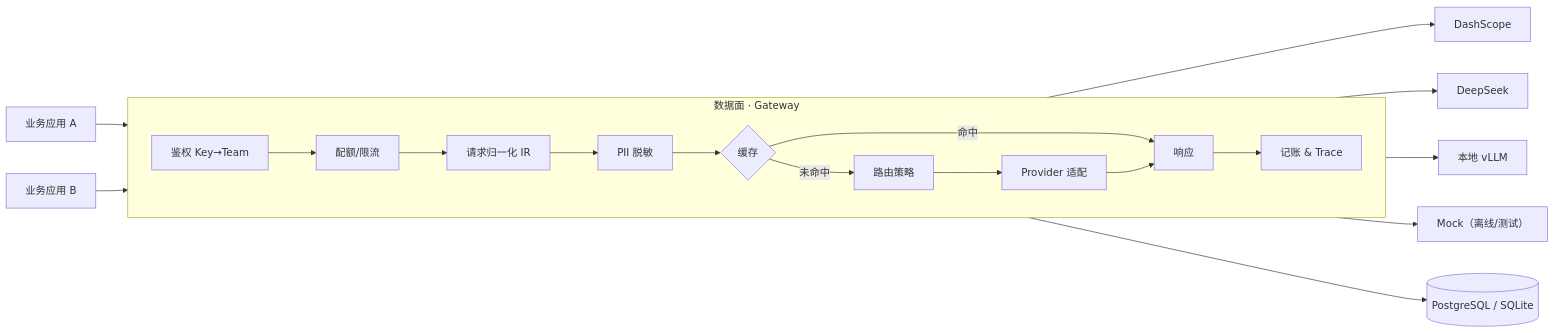
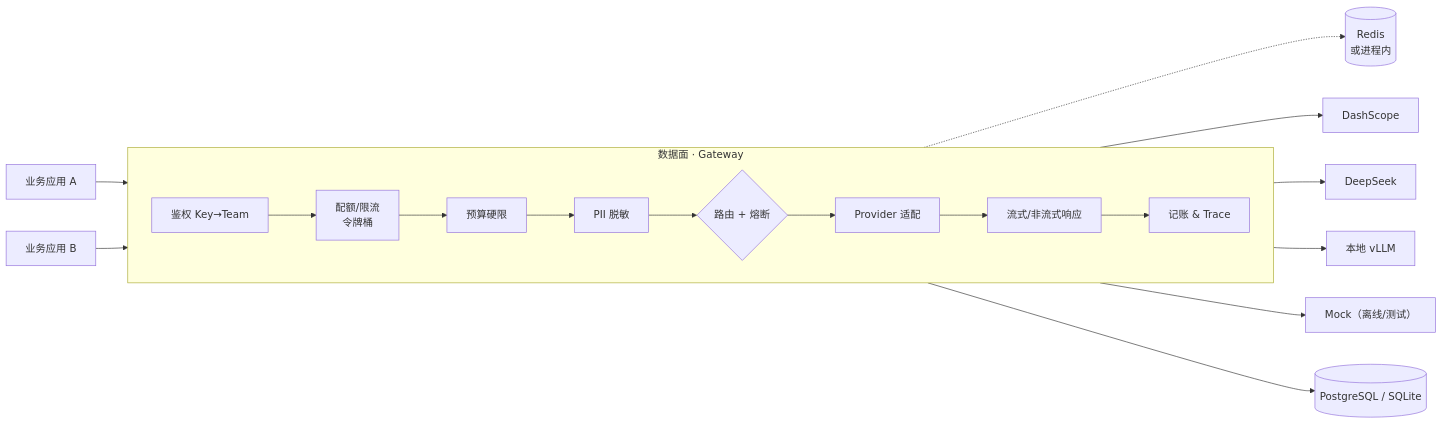
Before and after one commit to Wind-fat/aigate: the diagram in README.md, drawn with Mermaid. The commit also changed other lines of this file and 37 other files, not shown here.

````diff
--- a/README.md
+++ b/README.md
@@ -37,25 +48,23 @@
 ```mermaid
 flowchart LR
   C1[业务应用 A] --> GW
   C2[业务应用 B] --> GW
 
   subgraph GW[数据面 · Gateway]
     direction LR
-    G1[鉴权 Key→Team] --> G2[配额/限流]
-    G2 --> G3[请求归一化 IR]
+    G1[鉴权 Key→Team] --> G2[配额/限流<br/>令牌桶]
+    G2 --> G3[预算硬限]
     G3 --> G4[PII 脱敏]
-    G4 --> G5{缓存}
-    G5 -->|命中| G9[响应]
-    G5 -->|未命中| G6[路由策略]
-    G6 --> G7[Provider 适配]
-    G7 --> G9
-    G9 --> G8[记账 & Trace]
+    G4 --> G5{路由 + 熔断}
+    G5 --> G6[Provider 适配]
+    G6 --> G7[流式/非流式响应]
+    G7 --> G8[记账 & Trace]
   end
 
+  G2 -.-> RD[(Redis<br/>或进程内)]
   G7 --> P1[DashScope]
   G7 --> P2[DeepSeek]
   G7 --> P3[本地 vLLM]
   G7 --> P4[Mock（离线/测试）]
-
   G8 --> DB[(PostgreSQL / SQLite)]
 ```
````
